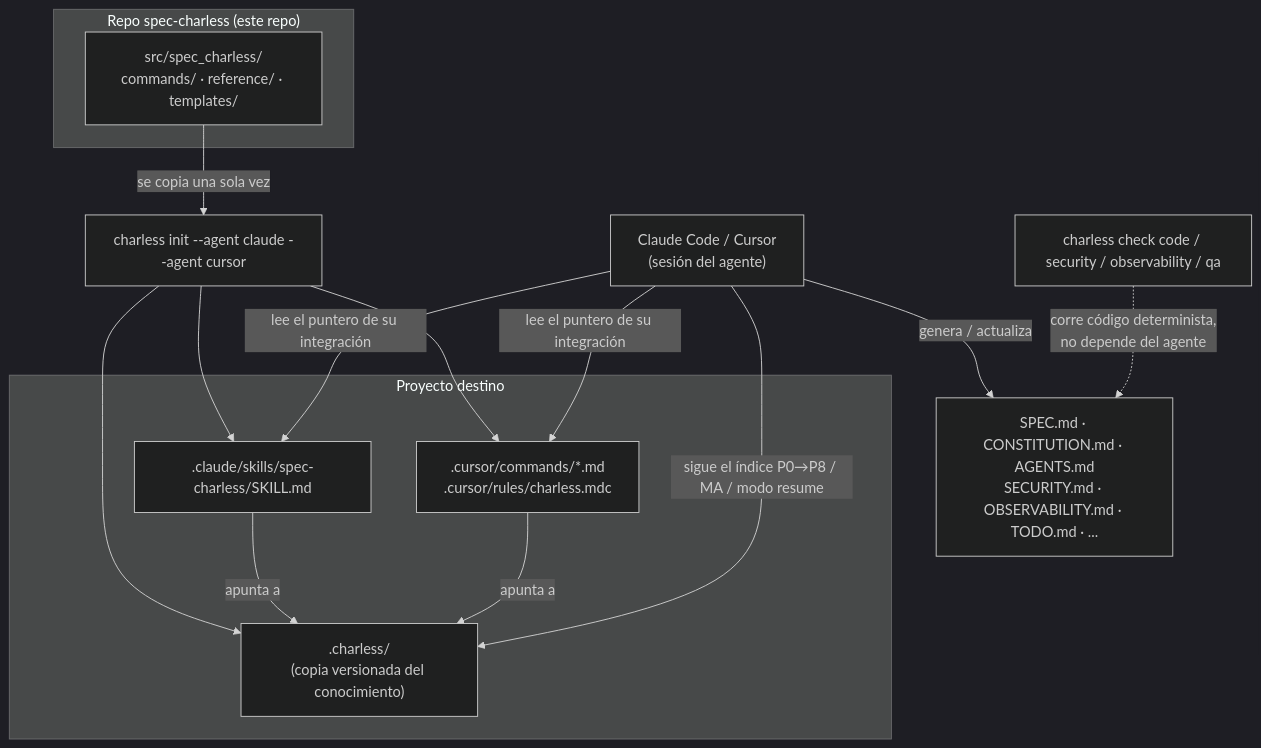
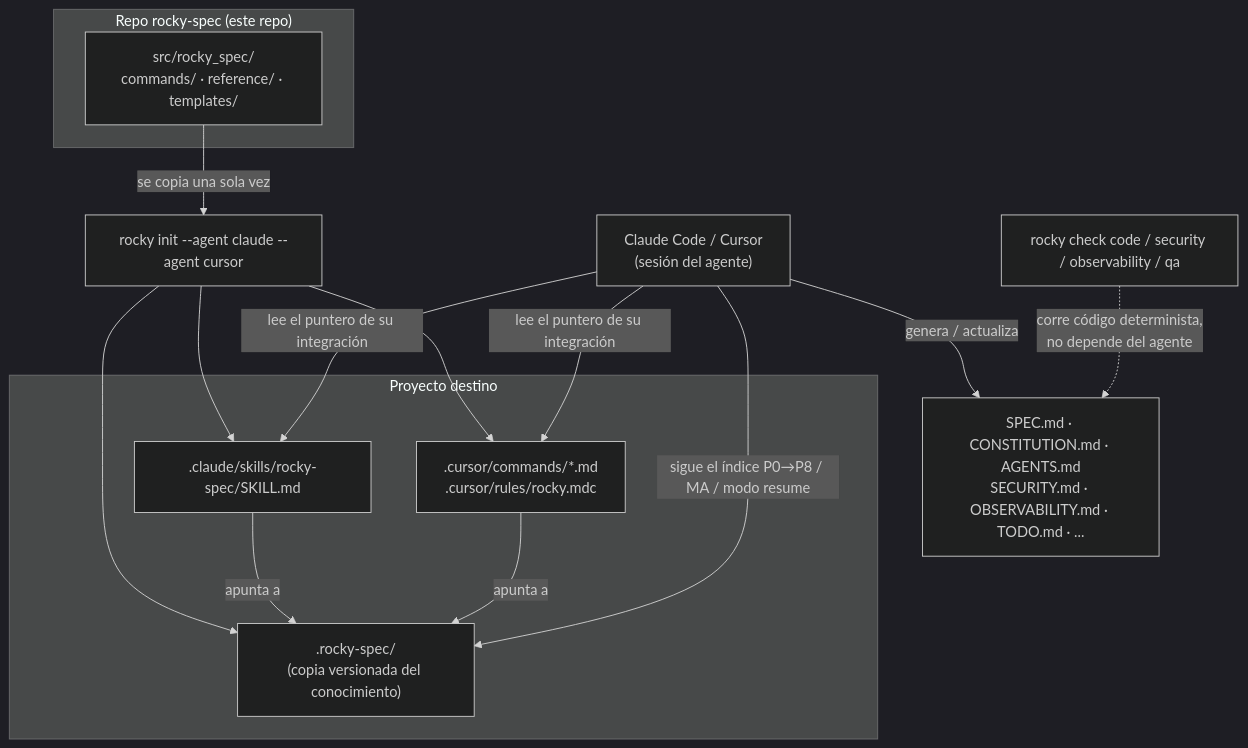
The diagram in README.md (carlos0718/rocky-spec), drawn with Mermaid (dark theme) before and after one commit. The commit also changed other lines of this file and 150 other files, not shown here.

First line of the commit message:
refactor!: rename framework de charless/spec-charless a rocky/rocky-spec

````diff
--- a/README.md
+++ b/README.md
@@ -177,33 +180,33 @@
 ```mermaid
 flowchart TD
-    subgraph repo["Repo spec-charless (este repo)"]
-        knowledge["src/spec_charless/<br/>commands/ · reference/ · templates/"]
+    subgraph repo["Repo rocky-spec (este repo)"]
+        knowledge["src/rocky_spec/<br/>commands/ · reference/ · templates/"]
     end
 
-    init["charless init --agent claude --agent cursor"]
+    init["rocky init --agent claude --agent cursor"]
 
     subgraph dest["Proyecto destino"]
-        shared[".charless/<br/>(copia versionada del conocimiento)"]
-        claude_int[".claude/skills/spec-charless/SKILL.md"]
-        cursor_int[".cursor/commands/*.md<br/>.cursor/rules/charless.mdc"]
+        shared[".rocky-spec/<br/>(copia versionada del conocimiento)"]
+        claude_int[".claude/skills/rocky-spec/SKILL.md"]
+        cursor_int[".cursor/commands/*.md<br/>.cursor/rules/rocky.mdc"]
     end
 
     agent["Claude Code / Cursor<br/>(sesión del agente)"]
     files["SPEC.md · CONSTITUTION.md · AGENTS.md<br/>SECURITY.md · OBSERVABILITY.md · TODO.md · ..."]
-    checks["charless check code / security / observability / qa"]
+    checks["rocky check code / security / observability / qa"]
 
     knowledge -->|se copia una sola vez| init
     init --> shared
     init --> claude_int
     init --> cursor_int
 
     claude_int -->|apunta a| shared
     cursor_int -->|apunta a| shared
 
     agent -->|lee el puntero de su integración| claude_int
     agent -->|lee el puntero de su integración| cursor_int
     agent -->|sigue el índice P0→P8 / MA / modo resume| shared
     agent -->|genera / actualiza| files
 
     checks -.->|corre código determinista,<br/>no depende del agente| files
 ```
````
